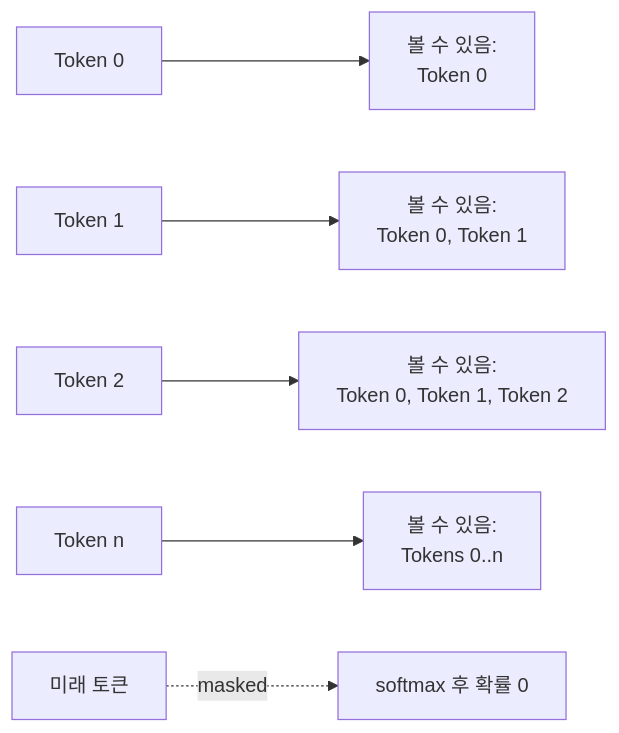
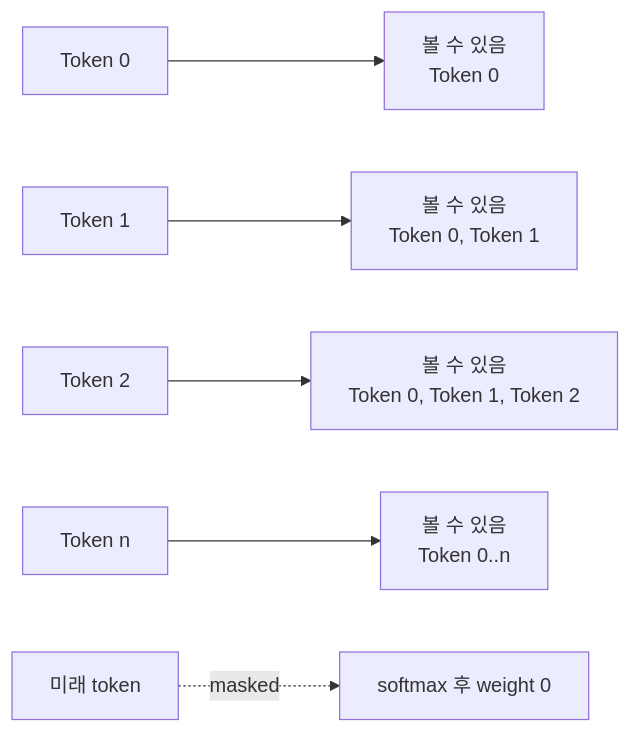
Before and after one commit to boslbosl/ai-specialist-26-language: the third of 5 diagrams in docs/diagrams/Chapter_3_Excercise_Attention.md, drawn with Mermaid. The commit also changed other lines of this file and 10 other files, not shown here.

Commit message:
Add diagrams for chapters through chapter 7

````diff
--- a/docs/diagrams/Chapter_3_Excercise_Attention.md
+++ b/docs/diagrams/Chapter_3_Excercise_Attention.md
@@ -49,9 +43,8 @@
 ```mermaid
 flowchart LR
-    T0["Token 0"] --> P0["볼 수 있음:<br/>Token 0"]
-    T1["Token 1"] --> P1["볼 수 있음:<br/>Token 0, Token 1"]
-    T2["Token 2"] --> P2["볼 수 있음:<br/>Token 0, Token 1, Token 2"]
-    Tn["Token n"] --> Pn["볼 수 있음:<br/>Tokens 0..n"]
-
-    F["미래 토큰"] -. "masked" .-> Z["softmax 후 확률 0"]
+    T0["Token 0"] --> V0["볼 수 있음<br/>Token 0"]
+    T1["Token 1"] --> V1["볼 수 있음<br/>Token 0, Token 1"]
+    T2["Token 2"] --> V2["볼 수 있음<br/>Token 0, Token 1, Token 2"]
+    Tn["Token n"] --> Vn["볼 수 있음<br/>Token 0..n"]
+    Future["미래 token"] -. "masked" .-> Zero["softmax 후 weight 0"]
 ```
````
